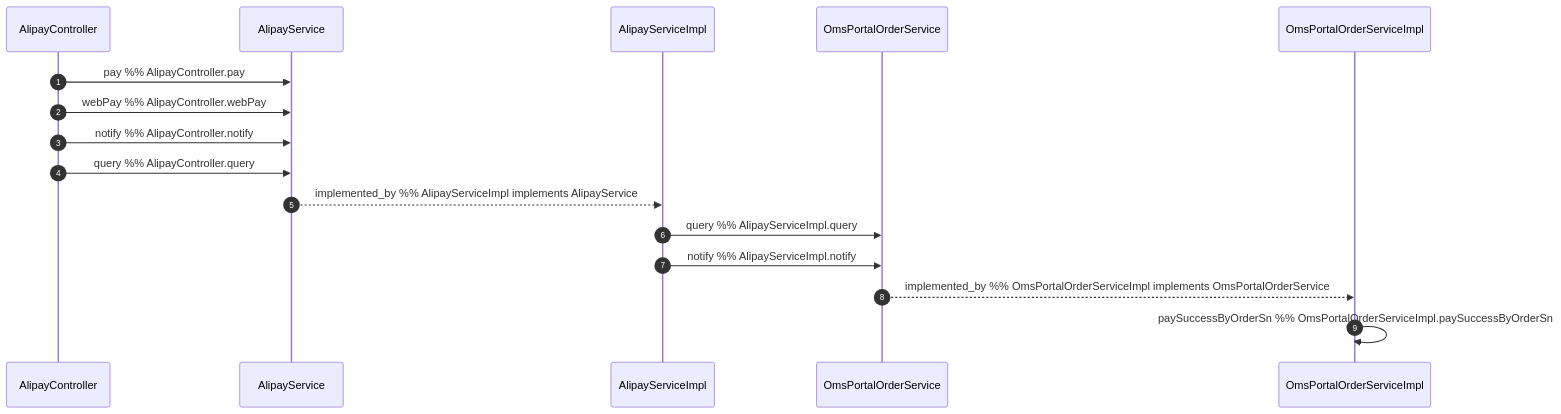
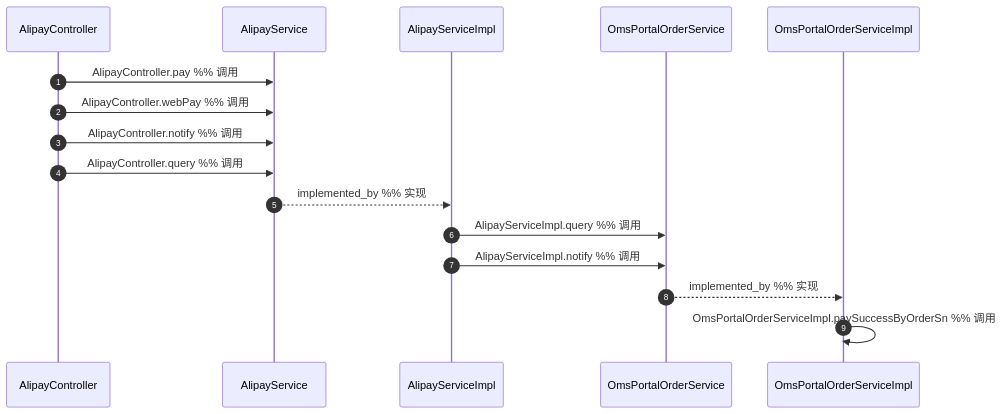
The diagram in graph/mermaid_result/time_mermaid.md (gyyggyg/java_wiki), drawn with Mermaid before and after one commit. The commit also changed 26 other files, not shown here.

````diff
--- a/graph/mermaid_result/time_mermaid.md
+++ b/graph/mermaid_result/time_mermaid.md
@@ -1,20 +1,19 @@
 ```mermaid
 sequenceDiagram
     autonumber
     participant AlipayController as AlipayController
     participant AlipayService as AlipayService
     participant AlipayServiceImpl as AlipayServiceImpl
     participant OmsPortalOrderService as OmsPortalOrderService
     participant OmsPortalOrderServiceImpl as OmsPortalOrderServiceImpl
 
-    AlipayController->>AlipayService: pay %% AlipayController.pay
-    AlipayController->>AlipayService: webPay %% AlipayController.webPay
-    AlipayController->>AlipayService: notify %% AlipayController.notify
-    AlipayController->>AlipayService: query %% AlipayController.query
-    AlipayService-->>AlipayServiceImpl: implemented_by %% AlipayServiceImpl implements AlipayService
-    AlipayServiceImpl->>OmsPortalOrderService: query %% AlipayServiceImpl.query
-    AlipayServiceImpl->>OmsPortalOrderService: notify %% AlipayServiceImpl.notify
-    OmsPortalOrderService-->>OmsPortalOrderServiceImpl: implemented_by %% OmsPortalOrderServiceImpl implements OmsPortalOrderService
-    OmsPortalOrderServiceImpl->>OmsPortalOrderServiceImpl: paySuccessByOrderSn %% OmsPortalOrderServiceImpl.paySuccessByOrderSn
-
+    AlipayController->>AlipayService: AlipayController.pay %% 调用
+    AlipayController->>AlipayService: AlipayController.webPay %% 调用
+    AlipayController->>AlipayService: AlipayController.notify %% 调用
+    AlipayController->>AlipayService: AlipayController.query %% 调用
+    AlipayService-->>AlipayServiceImpl: implemented_by %% 实现
+    AlipayServiceImpl->>OmsPortalOrderService: AlipayServiceImpl.query %% 调用
+    AlipayServiceImpl->>OmsPortalOrderService: AlipayServiceImpl.notify %% 调用
+    OmsPortalOrderService-->>OmsPortalOrderServiceImpl: implemented_by %% 实现
+    OmsPortalOrderServiceImpl->>OmsPortalOrderServiceImpl: OmsPortalOrderServiceImpl.paySuccessByOrderSn %% 调用
 ```
````
